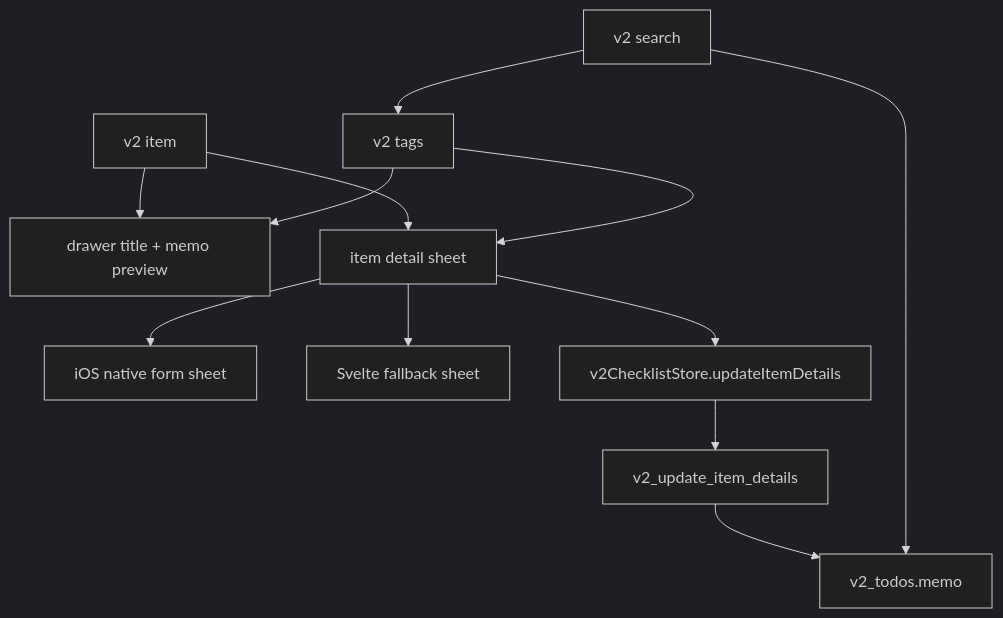
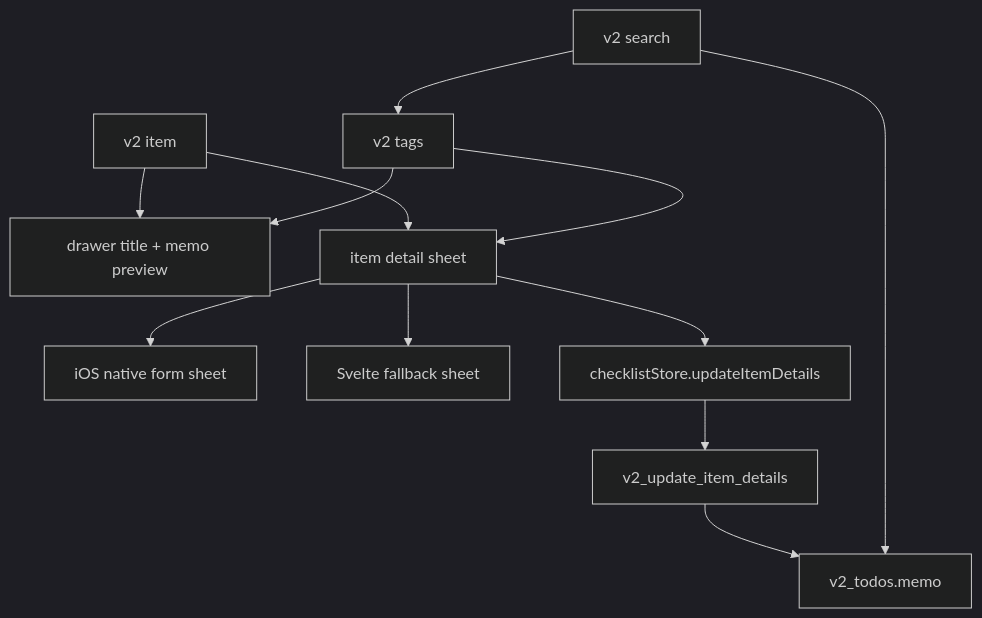
Before and after one commit to U-Keun/Tickly: the diagram in docs/v2-notes/009-item-memo-direction.md, drawn with Mermaid (dark theme). The commit also changed 167 other files, not shown here.

````diff
--- a/docs/v2-notes/009-item-memo-direction.md
+++ b/docs/v2-notes/009-item-memo-direction.md
@@ -8,14 +8,14 @@
 ```mermaid
 flowchart TB
   Item["v2 item"] --> Drawer["drawer title + memo preview"]
   Item --> Detail["item detail sheet"]
   Detail --> Native["iOS native form sheet"]
   Detail --> Web["Svelte fallback sheet"]
-  Detail --> Store["v2ChecklistStore.updateItemDetails"]
+  Detail --> Store["checklistStore.updateItemDetails"]
   Store --> Command["v2_update_item_details"]
   Command --> Table["v2_todos.memo"]
   Tag["v2 tags"] --> Drawer
   Tag --> Detail
   Search["v2 search"] --> Table
   Search --> Tag
 ```
````
